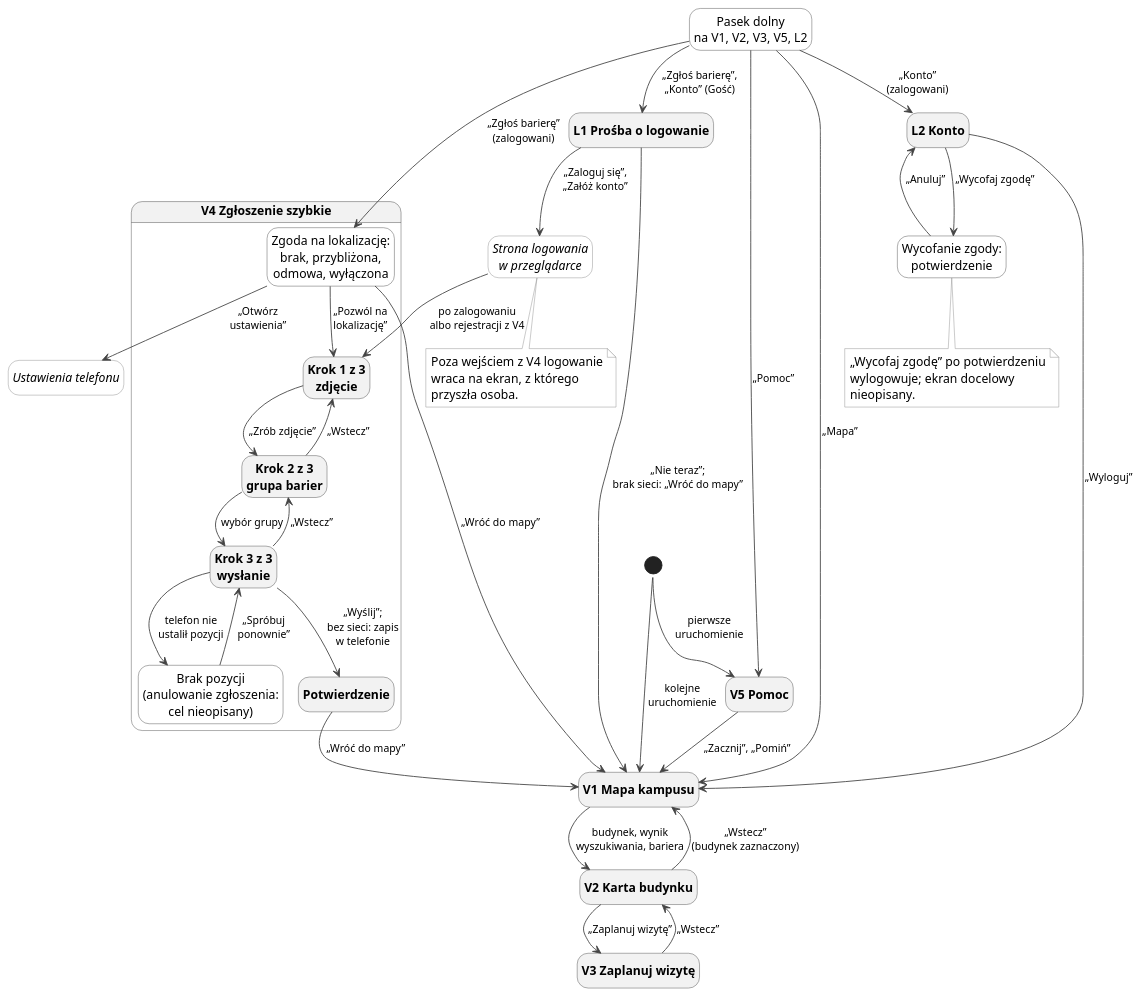
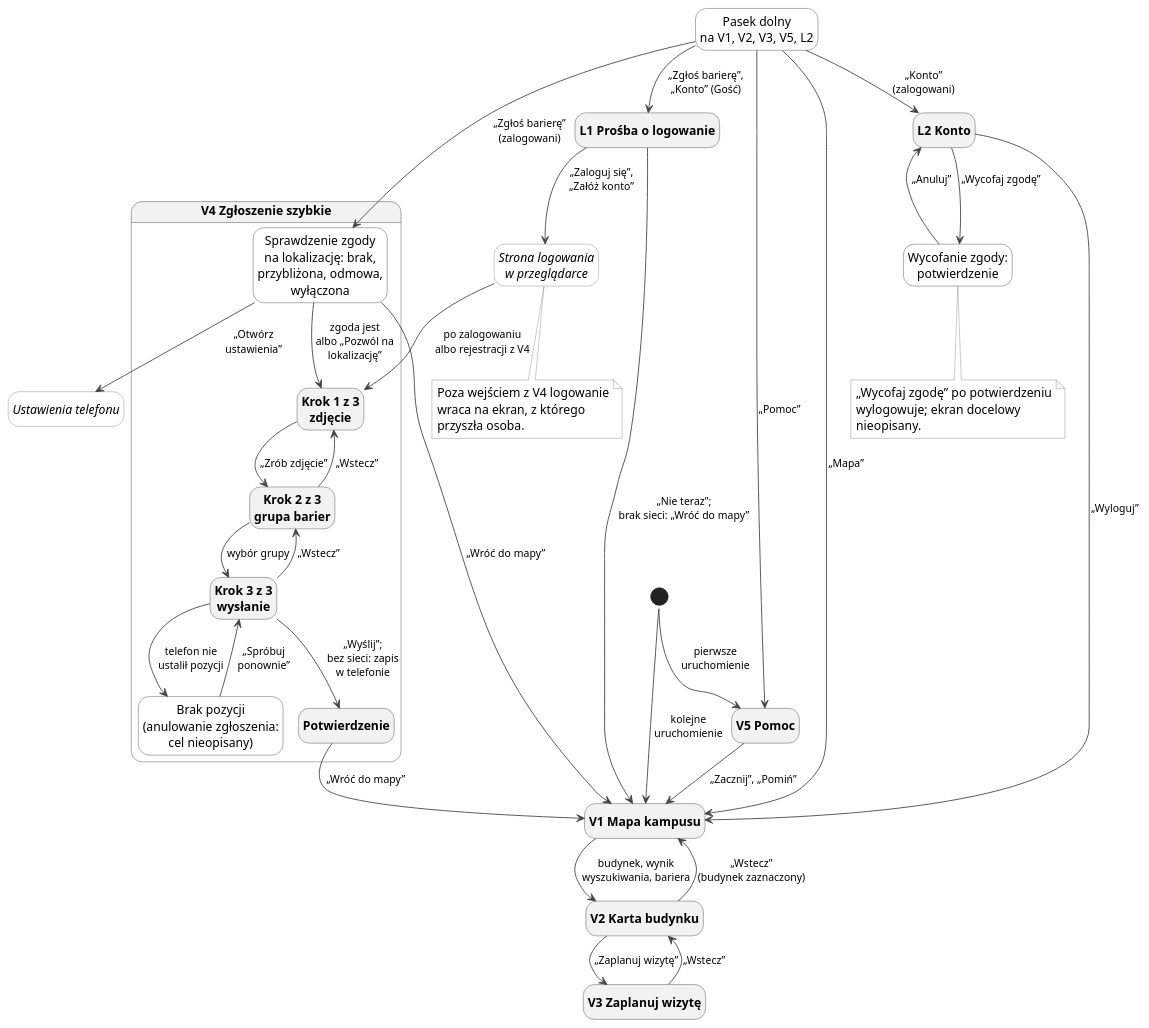
One commit to dostepny-kampus/dostepny-kampus changed the diagram in docs/docs/ux/nawigacja-odwiedzajacy.puml. Above: the diagram before and after it, drawn with PlantUML. The commit also changed 1 other file, not shown here.

```diff
--- a/docs/docs/ux/nawigacja-odwiedzajacy.puml
+++ b/docs/docs/ux/nawigacja-odwiedzajacy.puml
@@ -1,92 +1,92 @@
 @startuml
 !pragma layout smetana
 hide empty description
 skinparam defaultFontSize 14
 skinparam ArrowColor #444444
 skinparam ArrowFontSize 12
 skinparam state {
   BackgroundColor #F2F2F2
   BorderColor #444444
   FontStyle bold
 }
 skinparam state<<poza>> {
   BackgroundColor #FFFFFF
   BorderColor #888888
   FontStyle italic
 }
 skinparam state<<stan>> {
   BackgroundColor #FFFFFF
   BorderColor #444444
   FontStyle normal
 }
 skinparam note {
   BackgroundColor #FFFFFF
   BorderColor #888888
 }
 
 state "V5 Pomoc" as V5
 state "V1 Mapa kampusu" as V1
 state "V2 Karta budynku" as V2
 state "V3 Zaplanuj wizytę" as V3
 state "Pasek dolny\nna V1, V2, V3, V5, L2" as PASEK <<stan>>
 state "L1 Prośba o logowanie" as L1
 state "L2 Konto" as L2
 state "Wycofanie zgody:\npotwierdzenie" as WZ <<stan>>
 state "Strona logowania\nw przeglądarce" as WWW <<poza>>
 state "Ustawienia telefonu" as UST <<poza>>
 
 state "V4 Zgłoszenie szybkie" as V4 {
-  state "Zgoda na lokalizację:\nbrak, przybliżona,\nodmowa, wyłączona" as ZG <<stan>>
+  state "Sprawdzenie zgody\nna lokalizację: brak,\nprzybliżona, odmowa,\nwyłączona" as ZG <<stan>>
   state "Krok 1 z 3\nzdjęcie" as K1
   state "Krok 2 z 3\ngrupa barier" as K2
   state "Krok 3 z 3\nwysłanie" as K3
   state "Brak pozycji\n(anulowanie zgłoszenia:\ncel nieopisany)" as BP <<stan>>
   state "Potwierdzenie" as POT
 }
 
 [*] --> V5 : pierwsze\nuruchomienie
 [*] --> V1 : kolejne\nuruchomienie
 V5 --> V1 : „Zacznij”, „Pomiń”
 V1 --> V2 : budynek, wynik\nwyszukiwania, bariera
 V2 --> V1 : „Wstecz”\n(budynek zaznaczony)
 V2 --> V3 : „Zaplanuj wizytę”
 V3 --> V2 : „Wstecz”
 
 PASEK --> V1 : „Mapa”
 PASEK --> V5 : „Pomoc”
 PASEK --> ZG : „Zgłoś barierę”\n(zalogowani)
 PASEK --> L1 : „Zgłoś barierę”,\n„Konto” (Gość)
 PASEK --> L2 : „Konto”\n(zalogowani)
 
-ZG --> K1 : „Pozwól na\nlokalizację”
+ZG --> K1 : zgoda jest\nalbo „Pozwól na\nlokalizację”
 ZG --> UST : „Otwórz\nustawienia”
 ZG --> V1 : „Wróć do mapy”
 K1 --> K2 : „Zrób zdjęcie”
 K2 --> K3 : wybór grupy
 K2 --> K1 : „Wstecz”
 K3 --> K2 : „Wstecz”
 K3 --> POT : „Wyślij”;\nbez sieci: zapis\nw telefonie
 K3 --> BP : telefon nie\nustalił pozycji
 BP --> K3 : „Spróbuj\nponownie”
 POT --> V1 : „Wróć do mapy”
 
 L1 --> WWW : „Zaloguj się”,\n„Załóż konto”
 WWW --> K1 : po zalogowaniu\nalbo rejestracji z V4
 L1 --> V1 : „Nie teraz”;\nbrak sieci: „Wróć do mapy”
 
 L2 --> V1 : „Wyloguj”
 L2 --> WZ : „Wycofaj zgodę”
 WZ --> L2 : „Anuluj”
 
 note bottom of WWW
   Poza wejściem z V4 logowanie
   wraca na ekran, z którego
   przyszła osoba.
 end note
 
 note bottom of WZ
   „Wycofaj zgodę” po potwierdzeniu
   wylogowuje; ekran docelowy
   nieopisany.
 end note
 @enduml
```
